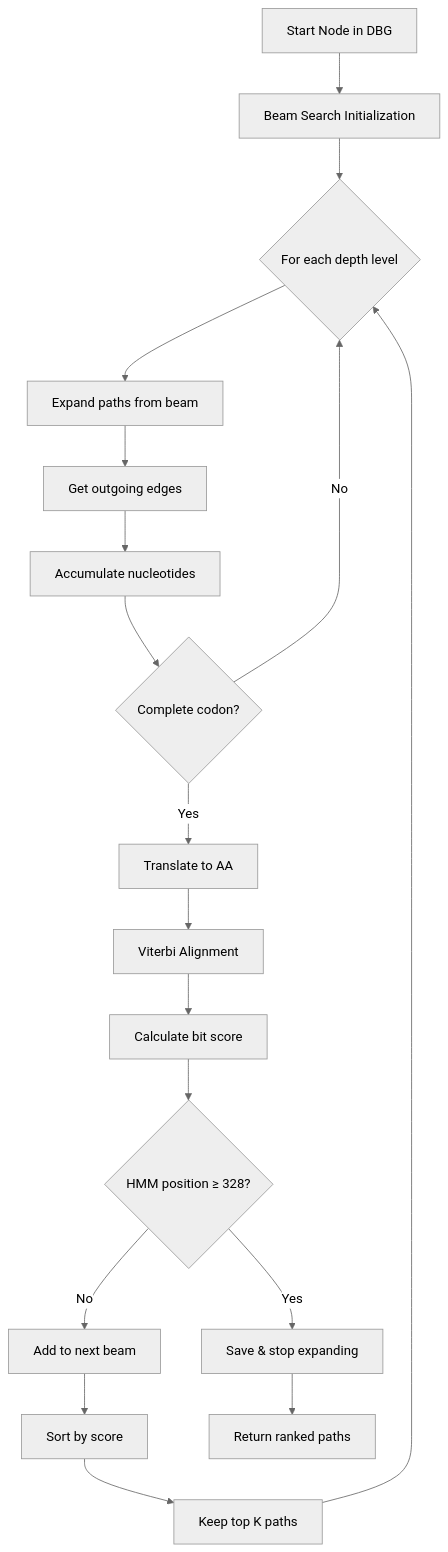
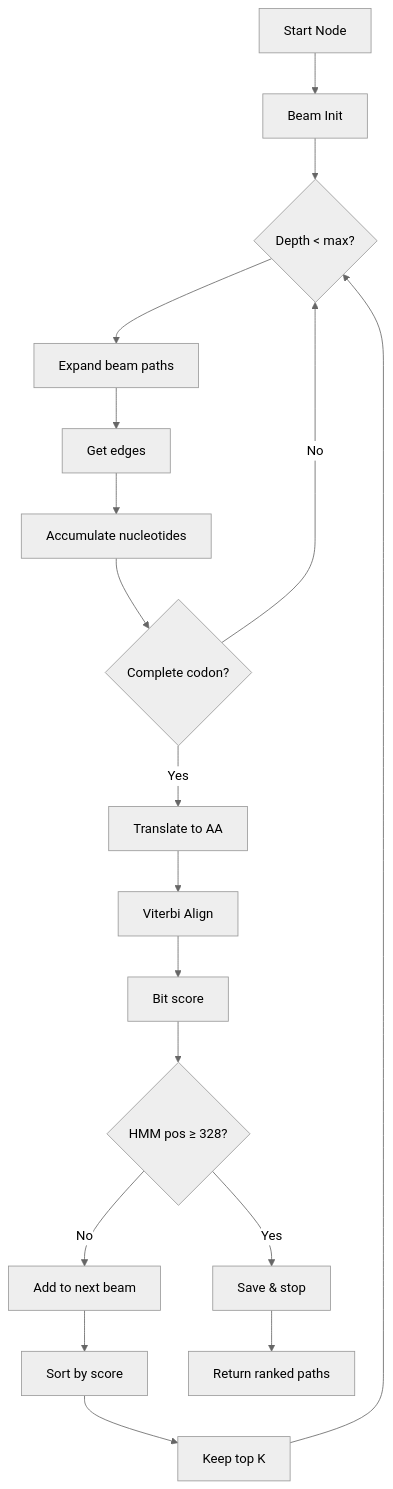
Before and after one commit to RNABioInfo/mcaat: the first of 4 diagrams in HMM_VITERBI_BEAM_SEARCH.md, drawn with Mermaid (neutral theme). The commit also changed other lines of this file and 7 other files, not shown here.

````diff
--- a/HMM_VITERBI_BEAM_SEARCH.md
+++ b/HMM_VITERBI_BEAM_SEARCH.md
@@ -11,20 +7,20 @@
 ```mermaid
 flowchart TD
-    A[Start Node in DBG] --> B[Beam Search Initialization]
-    B --> C{For each depth level}
-    C --> D[Expand paths from beam]
-    D --> E[Get outgoing edges]
+    A[Start Node] --> B[Beam Init]
+    B --> C{Depth < max?}
+    C --> D[Expand beam paths]
+    D --> E[Get edges]
     E --> F[Accumulate nucleotides]
     F --> G{Complete codon?}
     G -->|Yes| H[Translate to AA]
     G -->|No| C
-    H --> I[Viterbi Alignment]
-    I --> J[Calculate bit score]
-    J --> K{HMM position ≥ 328?}
-    K -->|Yes| L[Save & stop expanding]
+    H --> I[Viterbi Align]
+    I --> J[Bit score]
+    J --> K{HMM pos ≥ 328?}
+    K -->|Yes| L[Save & stop]
     K -->|No| M[Add to next beam]
     M --> N[Sort by score]
-    N --> O[Keep top K paths]
+    N --> O[Keep top K]
     O --> C
     L --> P[Return ranked paths]
 ```
````
